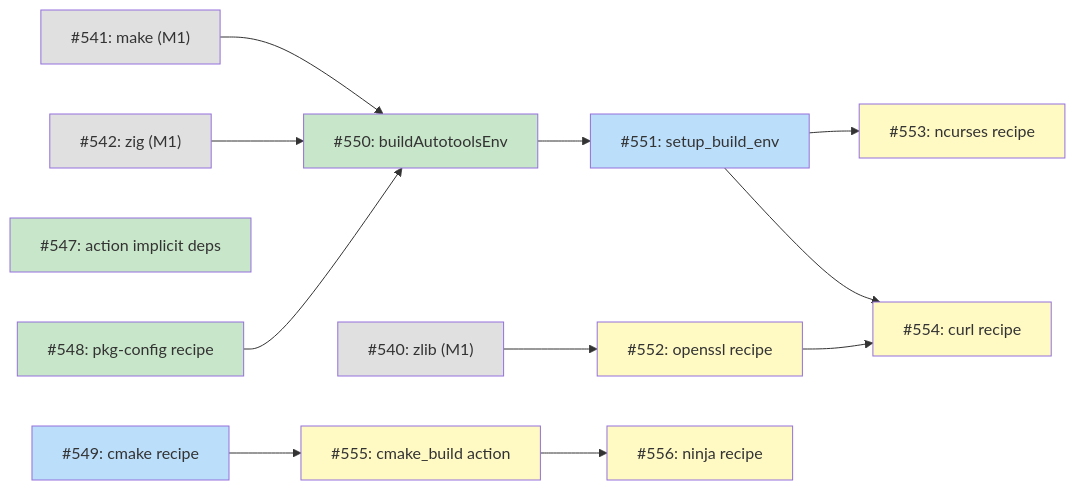
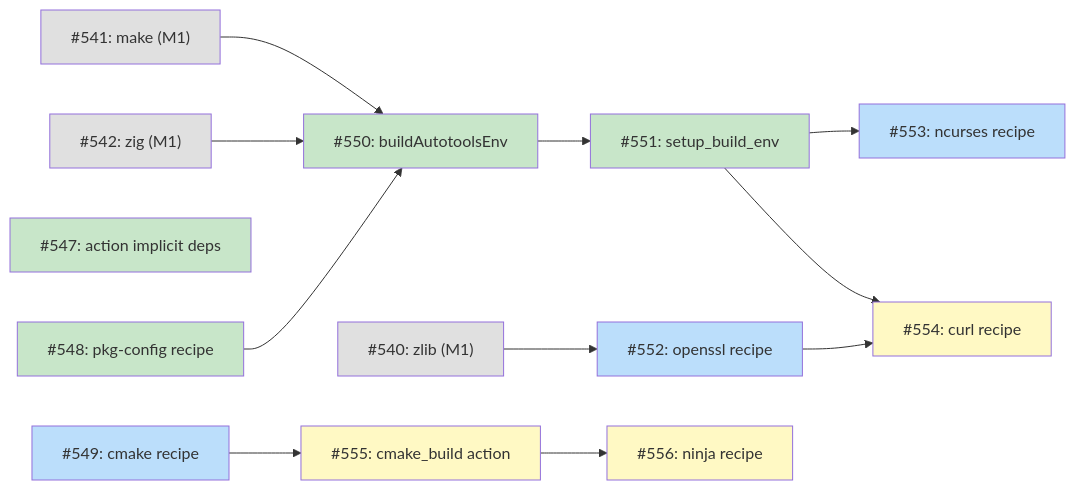
The second of 4 diagrams in docs/DESIGN-dependency-provisioning.md (tsukumogami/tsuku), drawn with Mermaid before and after one commit. The commit also changed 5 other files, not shown here.

````diff
--- a/docs/DESIGN-dependency-provisioning.md
+++ b/docs/DESIGN-dependency-provisioning.md
@@ -62,37 +62,37 @@
 ```mermaid
 graph LR
     I540["#540: zlib (M1)"]
     I541["#541: make (M1)"]
     I542["#542: zig (M1)"]
     I547["#547: action implicit deps"]
     I548["#548: pkg-config recipe"]
     I549["#549: cmake recipe"]
     I550["#550: buildAutotoolsEnv"]
     I551["#551: setup_build_env"]
     I552["#552: openssl recipe"]
     I553["#553: ncurses recipe"]
     I554["#554: curl recipe"]
     I555["#555: cmake_build action"]
     I556["#556: ninja recipe"]
 
     I541 --> I550
     I542 --> I550
     I548 --> I550
     I550 --> I551
     I540 --> I552
     I551 --> I553
     I551 --> I554
     I552 --> I554
     I549 --> I555
     I555 --> I556
 
     classDef done fill:#c8e6c9
     classDef ready fill:#bbdefb
     classDef blocked fill:#fff9c4
     classDef external fill:#e0e0e0
 
     class I540,I541,I542 external
-    class I547,I548,I550 done
-    class I549,I551 ready
-    class I552,I553,I554,I555,I556 blocked
+    class I547,I548,I550,I551 done
+    class I549,I552,I553 ready
+    class I554,I555,I556 blocked
 ```
````
